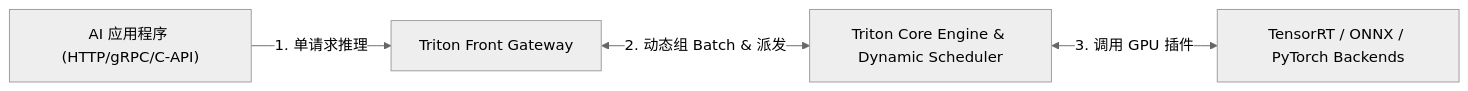
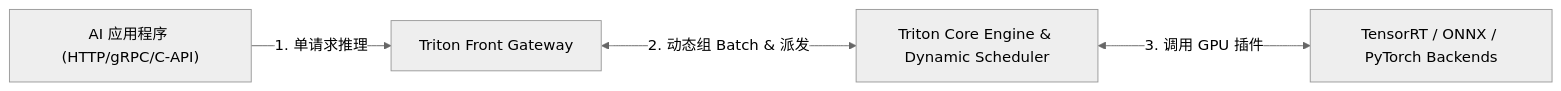
Before and after one commit to koosai/AI-Architect-Learning: the third of 6 diagrams in docs/atlas/triton-inference-server.mdx, drawn with Mermaid (neutral theme). The commit also changed other lines of this file and 68 other files, not shown here.

Commit message:
fix(atlas): fix browser client-side Mermaid rendering for mindmaps and flowcharts across 67 case studies

````diff
--- a/docs/atlas/triton-inference-server.mdx
+++ b/docs/atlas/triton-inference-server.mdx
@@ -117,6 +117,6 @@
 ```mermaid
 graph LR
   ClientApp["AI 应用程序 (HTTP/gRPC/C-API)"] -->|1. 单请求推理| Gateway["Triton Front Gateway"]
-  Gateway <-->|2. 动态组 Batch & 派发| CoreEngine["Triton Core Engine & Dynamic Scheduler"]
-  CoreEngine <-->|3. 调用 GPU 插件| CAPIBackends["TensorRT / ONNX / PyTorch Backends"]
+  Gateway <--->|2. 动态组 Batch & 派发| CoreEngine["Triton Core Engine & Dynamic Scheduler"]
+  CoreEngine <--->|3. 调用 GPU 插件| CAPIBackends["TensorRT / ONNX / PyTorch Backends"]
 ```
````
